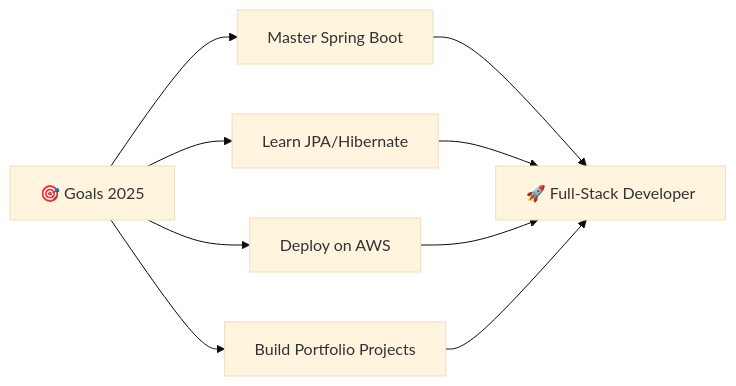
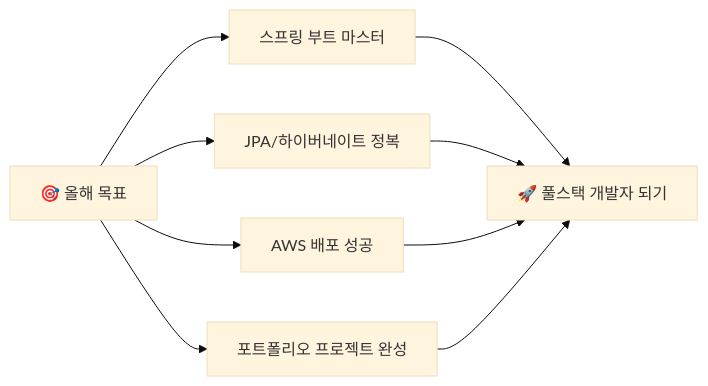
One commit to Che0807/Che0807 changed the diagram in README.md. Above: the diagram before and after it, drawn with Mermaid (base theme). The commit also changed other lines of this file, not shown here.

````diff
--- a/README.md
+++ b/README.md
@@ -69,11 +69,11 @@
 ```mermaid
 graph LR
-    A[🎯 Goals 2025] --> B[Master Spring Boot]
-    A --> C[Learn JPA/Hibernate]
-    A --> D[Deploy on AWS]
-    A --> E[Build Portfolio Projects]
-    B --> F[🚀 Full-Stack Developer]
+    A[🎯 올해 목표] --> B[스프링 부트 마스터]
+    A --> C[JPA/하이버네이트 정복]
+    A --> D[AWS 배포 성공]
+    A --> E[포트폴리오 프로젝트 완성]
+    B --> F[🚀 풀스택 개발자 되기]
     C --> F
     D --> F
     E --> F
 ```
````
